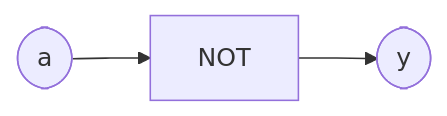
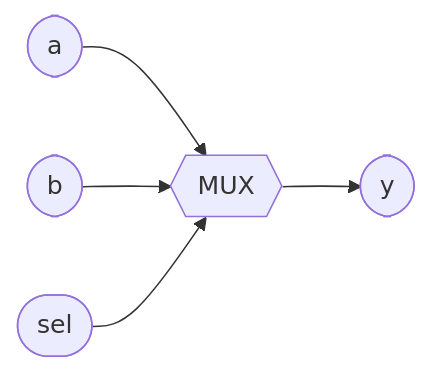
The diagram in track/vhdl_zero2hero/0002/question.md (Weiyet/MakerCode_RTLChallenge), drawn with Mermaid before and after one commit. The commit also changed other lines of this file and 319 other files, not shown here.

````diff
--- a/track/vhdl_zero2hero/0002/question.md
+++ b/track/vhdl_zero2hero/0002/question.md
@@ -19,4 +22,7 @@
 ```mermaid
 graph LR
-    a([a]) --> N["NOT"] --> y([y])
+    a([a]) --> M{{"MUX"}}
+    b([b]) --> M
+    sel([sel]) --> M
+    M --> y([y])
 ```
````
